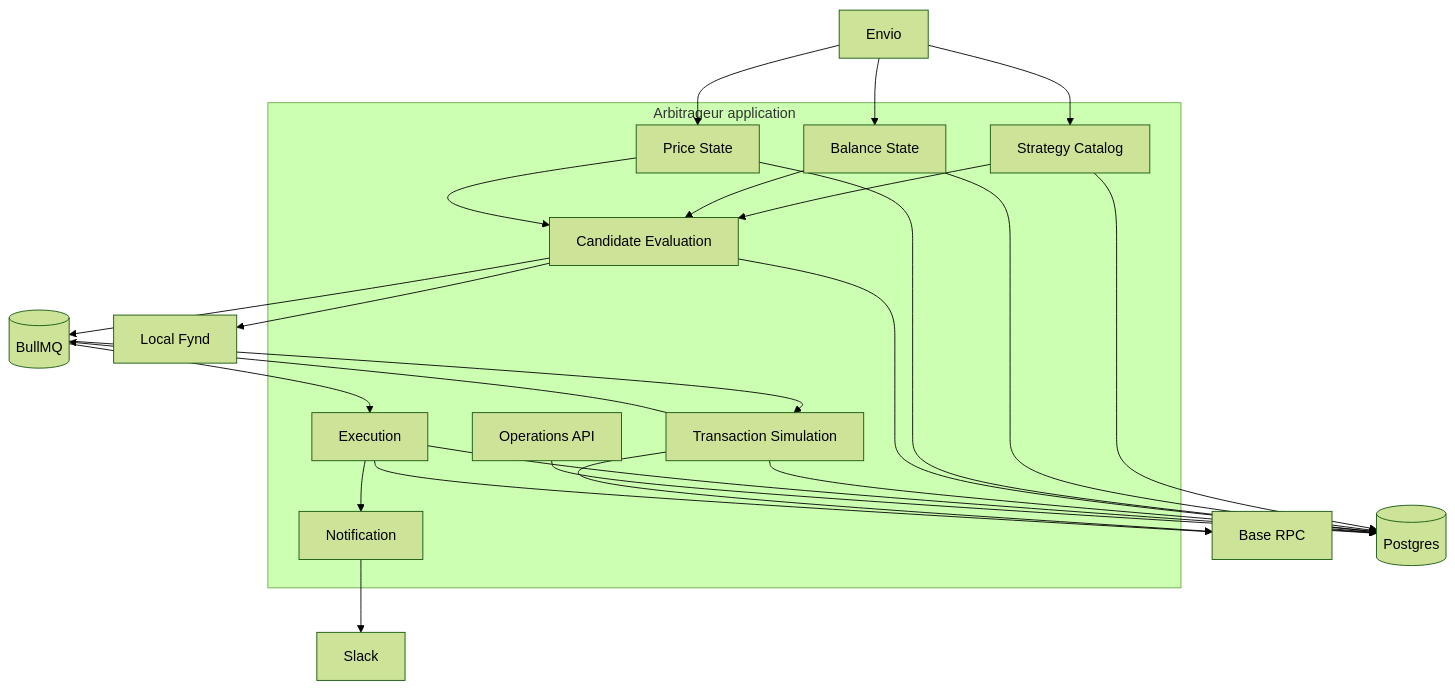
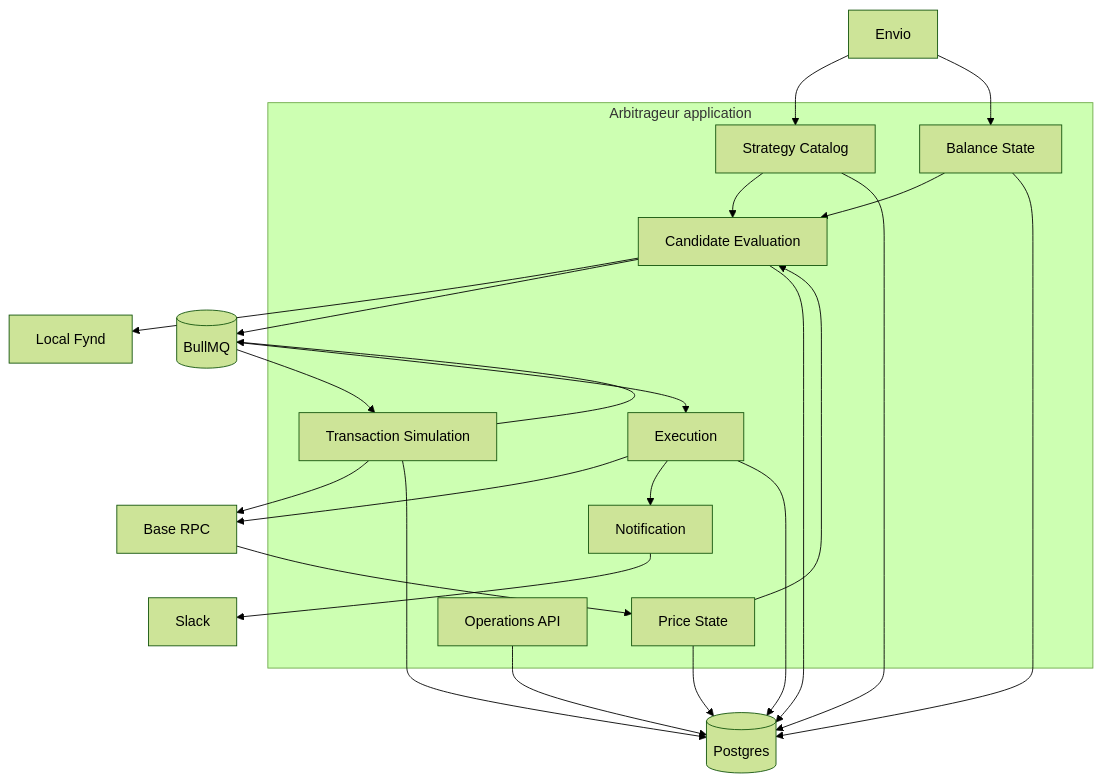
One commit to bleu/aqua-portfolio-manager changed the second of 4 diagrams in docs/adr/0014-production-arbitrageur-design.md. Above: the diagram before and after it, drawn with Mermaid (forest theme). The commit also changed other lines of this file, not shown here.

First line of the commit message:
docs(adr): Price State polls Base RPC instead of indexing events

````diff
--- a/docs/adr/0014-production-arbitrageur-design.md
+++ b/docs/adr/0014-production-arbitrageur-design.md
@@ -53,36 +53,36 @@
 ```mermaid
 flowchart TB
     subgraph App[Arbitrageur application]
         catalog[Strategy Catalog]
         balance[Balance State]
         price[Price State]
         evaluate[Candidate Evaluation]
         simulate[Transaction Simulation]
         execute[Execution]
         api[Operations API]
         notice[Notification]
     end
 
     envio[Envio] --> catalog
     envio --> balance
-    envio --> price
+    rpc[Base RPC] --> price
     catalog --> evaluate
     balance --> evaluate
     price --> evaluate
     evaluate --> fynd[Local Fynd]
     evaluate --> redis[(BullMQ)]
     redis --> simulate
     simulate --> rpc[Base RPC]
     simulate --> redis
     redis --> execute
     execute --> rpc
     execute --> notice
     notice --> slack[Slack]
     catalog --> postgres[(Postgres)]
     balance --> postgres
     price --> postgres
     evaluate --> postgres
     simulate --> postgres
     execute --> postgres
     api --> postgres
 ```
````
